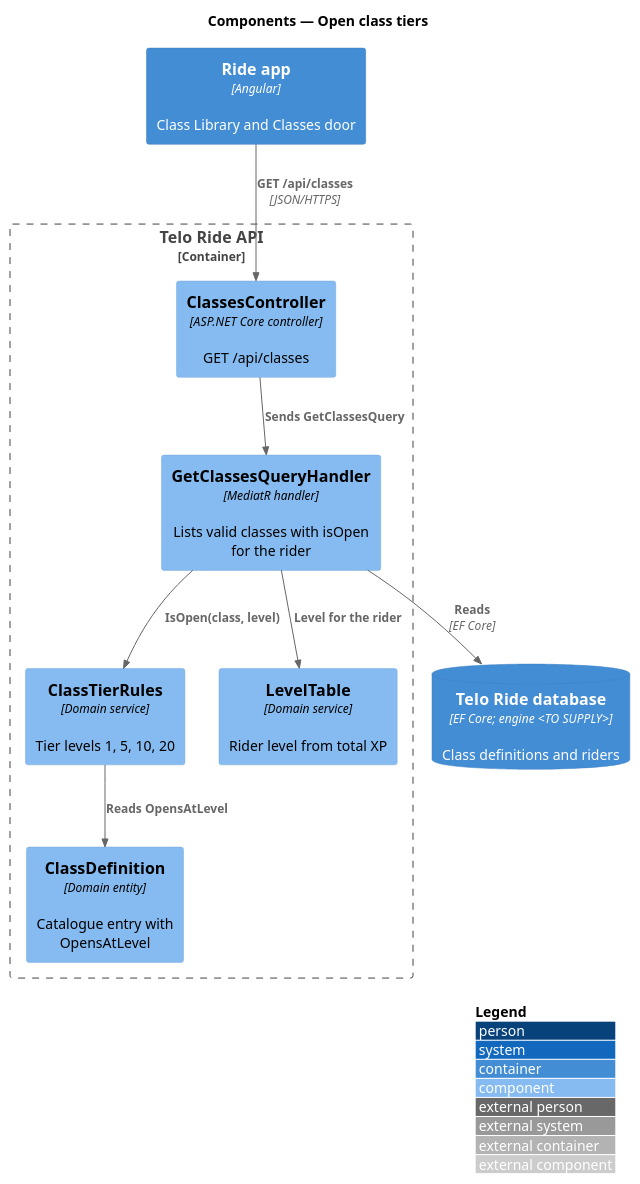
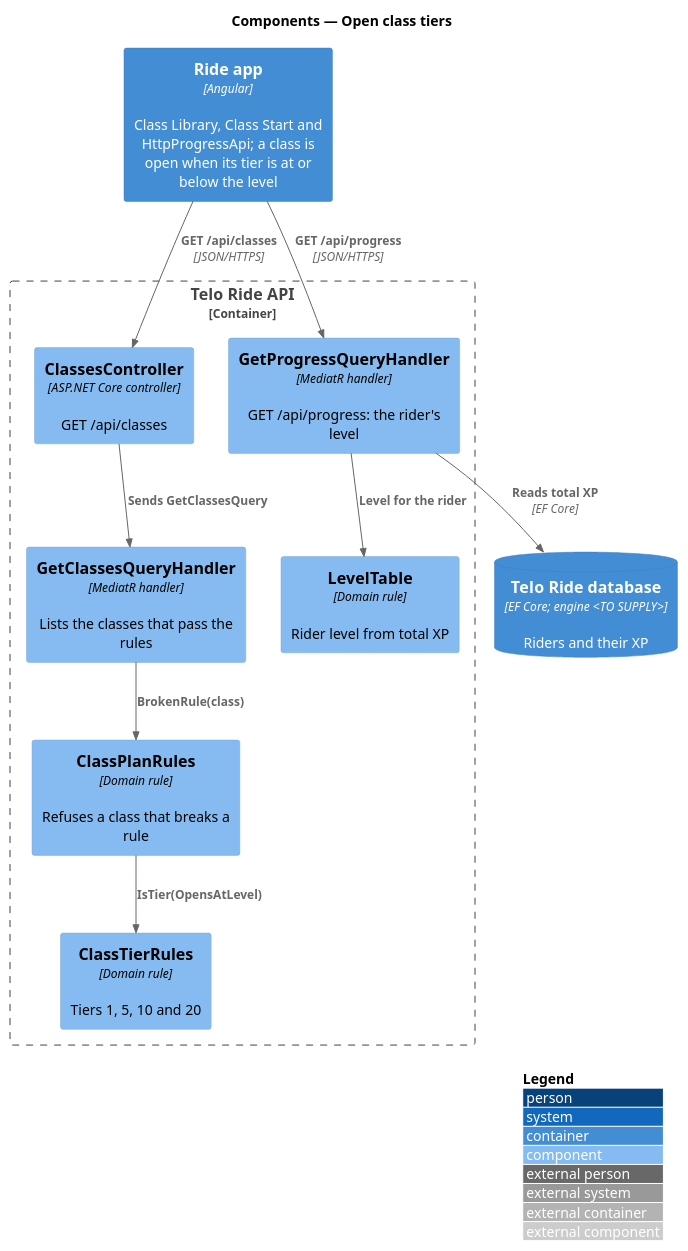
Before and after one commit to QuinntyneBrown/ride-one: the diagram in docs/detailed-designs/progression/open-class-tiers/diagrams/c4-component.puml, drawn with PlantUML. The commit also changed 8 other files, not shown here.

```diff
--- a/docs/detailed-designs/progression/open-class-tiers/diagrams/c4-component.puml
+++ b/docs/detailed-designs/progression/open-class-tiers/diagrams/c4-component.puml
@@ -1,22 +1,24 @@
 @startuml
 !include <C4/C4_Component>
 LAYOUT_WITH_LEGEND()
 title Components — Open class tiers
 
-Container(app, "Ride app", "Angular", "Class Library and Classes door")
+Container(app, "Ride app", "Angular", "Class Library, Class Start and HttpProgressApi; a class is open when its tier is at or below the level")
 Container_Boundary(api, "Telo Ride API") {
   Component(ctrl, "ClassesController", "ASP.NET Core controller", "GET /api/classes")
-  Component(handler, "GetClassesQueryHandler", "MediatR handler", "Lists valid classes with isOpen for the rider")
-  Component(tiers, "ClassTierRules", "Domain service", "Tier levels 1, 5, 10, 20")
-  Component(levels, "LevelTable", "Domain service", "Rider level from total XP")
-  Component(def, "ClassDefinition", "Domain entity", "Catalogue entry with OpensAtLevel")
+  Component(handler, "GetClassesQueryHandler", "MediatR handler", "Lists the classes that pass the rules")
+  Component(plan, "ClassPlanRules", "Domain rule", "Refuses a class that breaks a rule")
+  Component(tiers, "ClassTierRules", "Domain rule", "Tiers 1, 5, 10 and 20")
+  Component(progress, "GetProgressQueryHandler", "MediatR handler", "GET /api/progress: the rider's level")
+  Component(levels, "LevelTable", "Domain rule", "Rider level from total XP")
 }
-ContainerDb(db, "Telo Ride database", "EF Core; engine <TO SUPPLY>", "Class definitions and riders")
+ContainerDb(db, "Telo Ride database", "EF Core; engine <TO SUPPLY>", "Riders and their XP")
 
 Rel(app, ctrl, "GET /api/classes", "JSON/HTTPS")
+Rel(app, progress, "GET /api/progress", "JSON/HTTPS")
 Rel(ctrl, handler, "Sends GetClassesQuery")
-Rel(handler, levels, "Level for the rider")
-Rel(handler, tiers, "IsOpen(class, level)")
-Rel(tiers, def, "Reads OpensAtLevel")
-Rel(handler, db, "Reads", "EF Core")
+Rel(handler, plan, "BrokenRule(class)")
+Rel(plan, tiers, "IsTier(OpensAtLevel)")
+Rel(progress, levels, "Level for the rider")
+Rel(progress, db, "Reads total XP", "EF Core")
 @enduml
```
